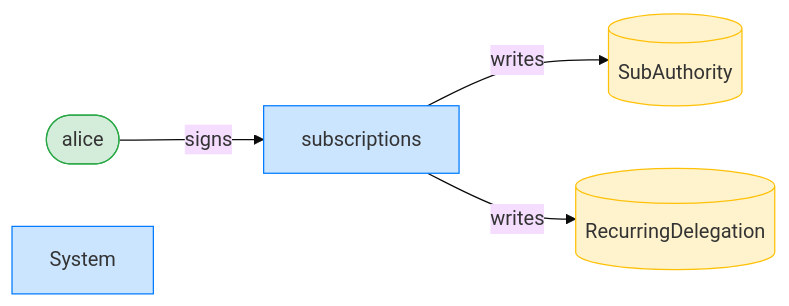
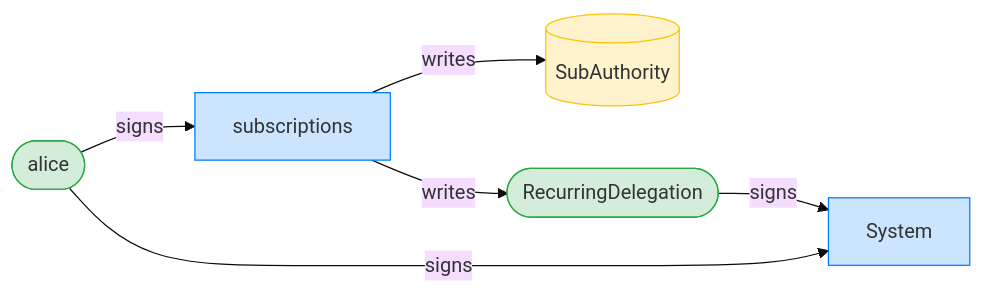
The seventh of 8 diagrams in dsl_tests/recurring-transfer-exceeding-the-period-limit-is-refused.md (cds-rs/subscriptions), drawn with Mermaid (base theme) before and after one commit. The commit also changed other lines of this file and 224 other files, not shown here.

````diff
--- a/dsl_tests/recurring-transfer-exceeding-the-period-limit-is-refused.md
+++ b/dsl_tests/recurring-transfer-exceeding-the-period-limit-is-refused.md
@@ -130,14 +136,16 @@
 ```mermaid
 flowchart LR
     classDef signer fill:#d4edda,stroke:#28a745;
     classDef program fill:#cce5ff,stroke:#007bff;
     classDef writable fill:#fff3cd,stroke:#ffc107;
     subscriptions[subscriptions]:::program
     alice([alice]):::signer
     SubAuthority[(SubAuthority)]:::writable
-    RecurringDelegation[(RecurringDelegation)]:::writable
+    RecurringDelegation([RecurringDelegation]):::signer
     System[System]:::program
     alice -->|signs| subscriptions
+    alice -->|signs| System
+    RecurringDelegation -->|signs| System
     subscriptions -->|writes| SubAuthority
     subscriptions -->|writes| RecurringDelegation
 ```
````
